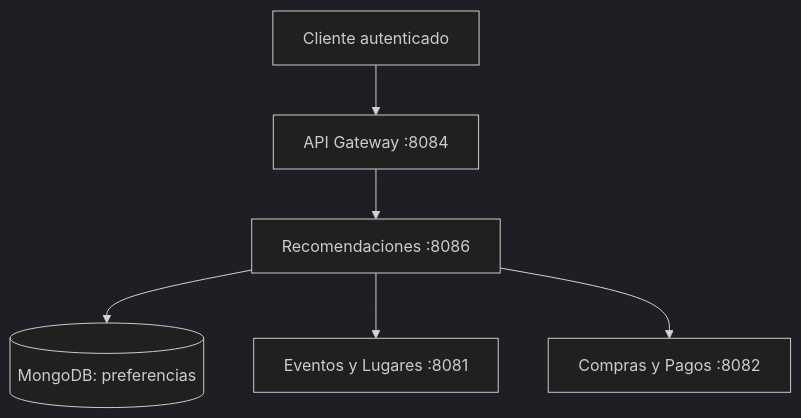
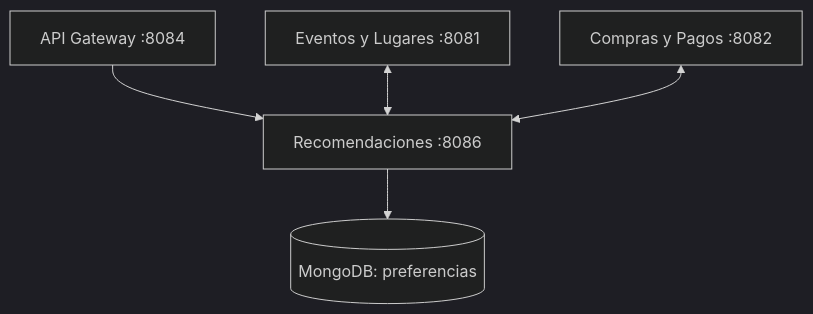
The diagram in TPE-micro2/msvc-recomendaciones/docs/02-ARQUITECTURA-Y-DIAGRAMAS.md (LuliDiNucci/arquitecturasGrupo12), drawn with Mermaid (dark theme) before and after one commit. The commit also changed other lines of this file and 294 other files, not shown here.

````diff
--- a/TPE-micro2/msvc-recomendaciones/docs/02-ARQUITECTURA-Y-DIAGRAMAS.md
+++ b/TPE-micro2/msvc-recomendaciones/docs/02-ARQUITECTURA-Y-DIAGRAMAS.md
@@ -15,8 +17,7 @@
 ```mermaid
 flowchart TD
-    C[Cliente autenticado] --> GW[API Gateway :8084]
-    GW --> RE[Recomendaciones :8086]
-    RE --> DB[(MongoDB: preferencias)]
-    RE --> EV[Eventos y Lugares :8081]
-    RE --> CO[Compras y Pagos :8082]
+    GW["API Gateway :8084"] --> REC["Recomendaciones :8086"]
+    EV["Eventos y Lugares :8081"] <--> REC
+    CO["Compras y Pagos :8082"] <--> REC
+    REC --> DB[("MongoDB: preferencias")]
 ```
````
